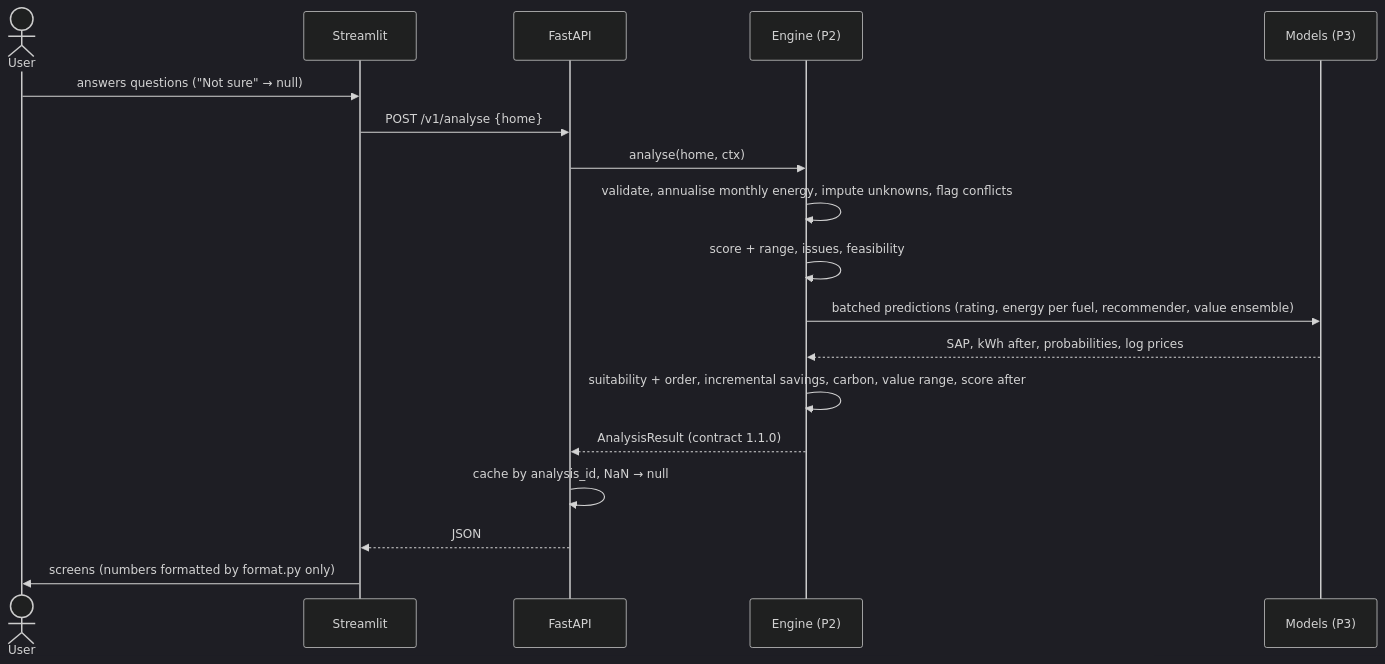
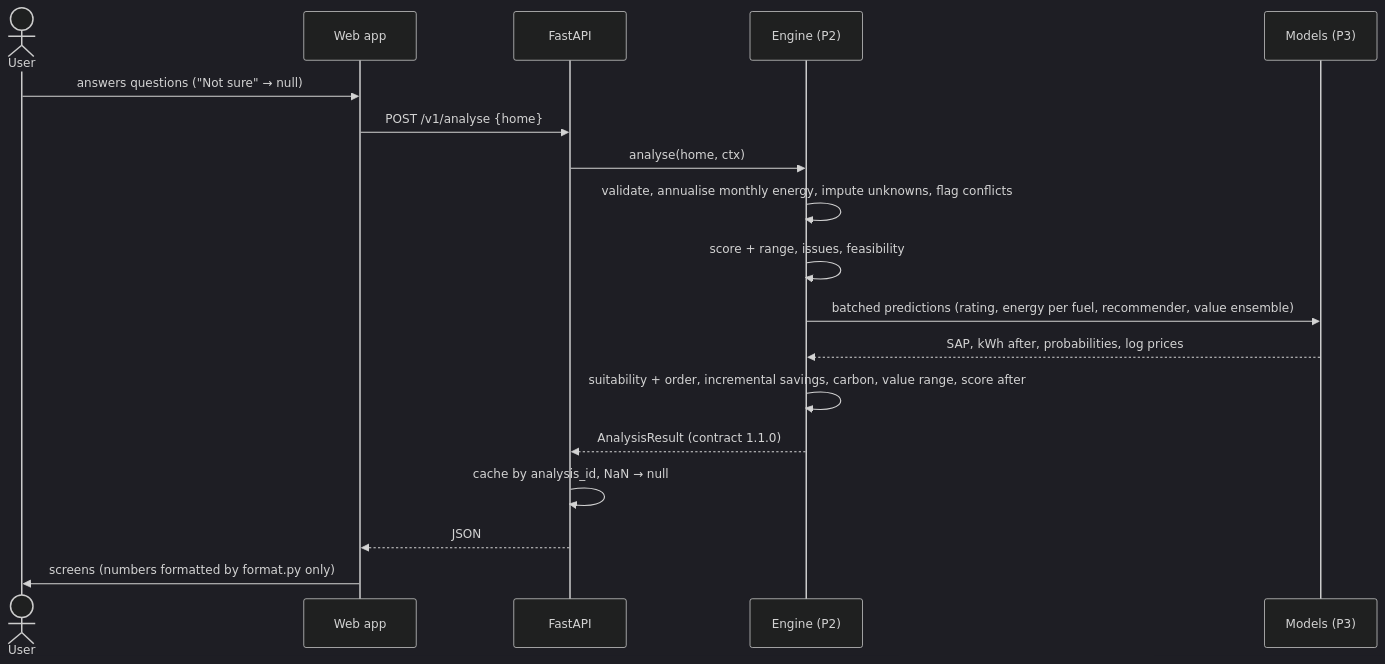
Before and after one commit to krithikkambhampati/Megathon-2026: the second of 4 diagrams in docs/ARCHITECTURE.md, drawn with Mermaid (dark theme). The commit also changed other lines of this file and 17 other files, not shown here.

````diff
--- a/docs/ARCHITECTURE.md
+++ b/docs/ARCHITECTURE.md
@@ -70,20 +73,20 @@
 ```mermaid
 sequenceDiagram
   actor U as User
-  participant UI as Streamlit
+  participant UI as Web app
   participant API as FastAPI
   participant E as Engine (P2)
   participant M as Models (P3)
   U->>UI: answers questions ("Not sure" → null)
   UI->>API: POST /v1/analyse {home}
   API->>E: analyse(home, ctx)
   E->>E: validate, annualise monthly energy, impute unknowns, flag conflicts
   E->>E: score + range, issues, feasibility
   E->>M: batched predictions (rating, energy per fuel, recommender, value ensemble)
   M-->>E: SAP, kWh after, probabilities, log prices
   E->>E: suitability + order, incremental savings, carbon, value range, score after
   E-->>API: AnalysisResult (contract 1.1.0)
   API->>API: cache by analysis_id, NaN → null
   API-->>UI: JSON
   UI->>U: screens (numbers formatted by format.py only)
 ```
````
